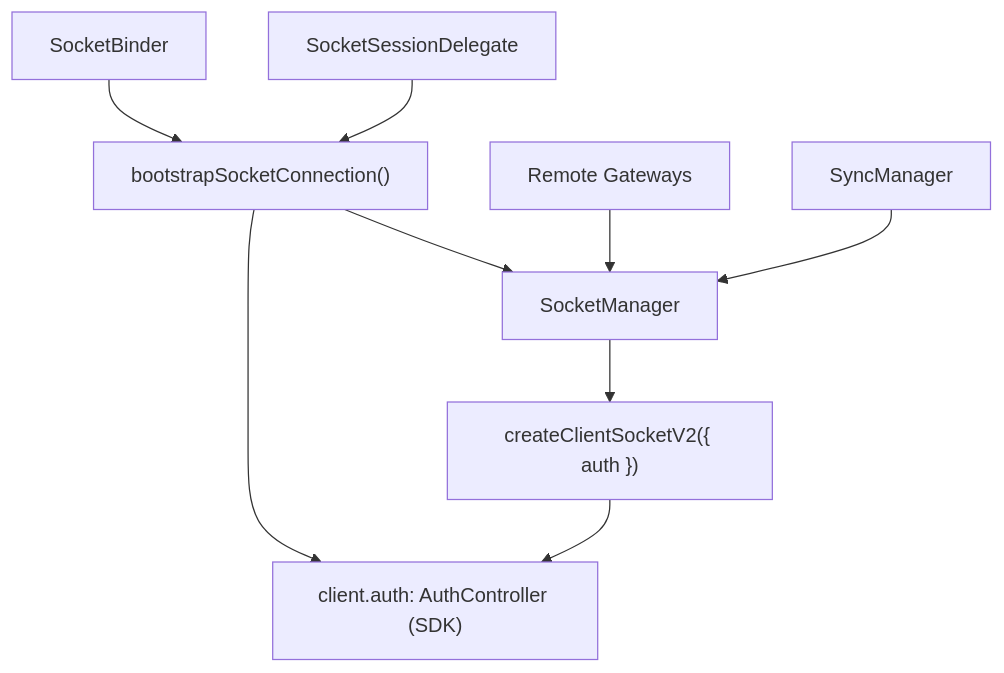
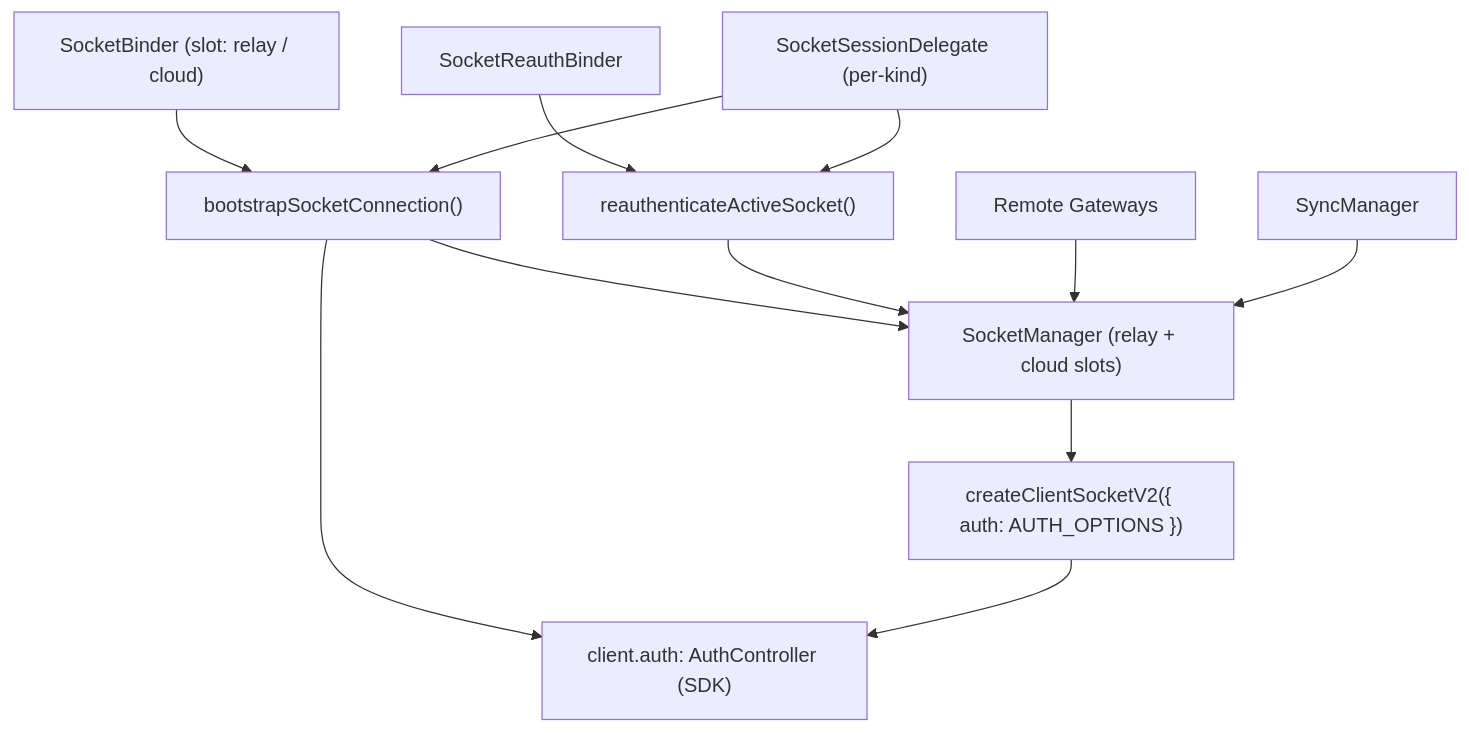
Before and after one commit to lemoncloud-io/dou-app: the diagram in libs/app-runtime/docs/socket/README.md, drawn with Mermaid. The commit also changed other lines of this file and 5 other files, not shown here.

First line of the commit message:
fix(app-runtime/socket): gate auth.update on device.save:ok

````diff
--- a/libs/app-runtime/docs/socket/README.md
+++ b/libs/app-runtime/docs/socket/README.md
@@ -19,11 +16,14 @@
 ```mermaid
 flowchart TD
-  Binder["SocketBinder"] --> Bootstrap["bootstrapSocketConnection()"]
-  Delegate["SocketSessionDelegate"] --> Bootstrap
-  Bootstrap --> Manager["SocketManager"]
+  Binder["SocketBinder (slot: relay / cloud)"] --> Bootstrap["bootstrapSocketConnection()"]
+  Reauth["SocketReauthBinder"] --> ReauthFn["reauthenticateActiveSocket()"]
+  Delegate["SocketSessionDelegate (per-kind)"] --> Bootstrap
+  Delegate --> ReauthFn
+  Bootstrap --> Manager["SocketManager (relay + cloud slots)"]
+  ReauthFn --> Manager
   Bootstrap --> Auth["client.auth: AuthController (SDK)"]
-  Manager --> Client["createClientSocketV2({ auth })"]
+  Manager --> Client["createClientSocketV2({ auth: AUTH_OPTIONS })"]
   Client --> Auth
   Gateways["Remote Gateways"] --> Manager
   Sync["SyncManager"] --> Manager
 ```
````
